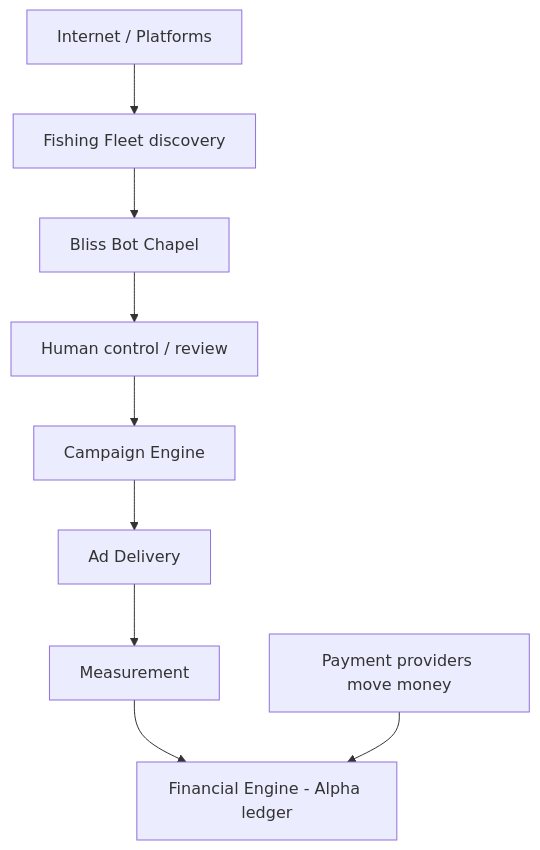
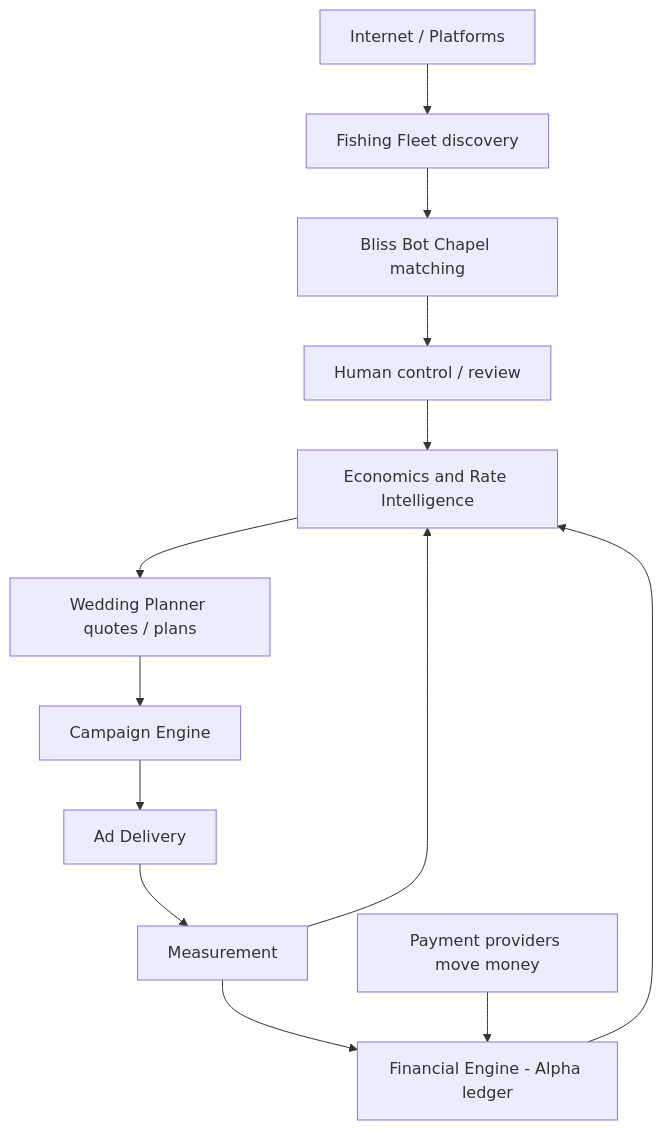
Before and after one commit to Coxskull/Bliss_Bot_Chapel: the diagram in docs/ai-development-fleet/target-architecture.md, drawn with Mermaid. The commit also changed other lines of this file and 23 other files, not shown here.

First line of the commit message:
Document future Bliss Economics and Rate Intelligence engine.

````diff
--- a/docs/ai-development-fleet/target-architecture.md
+++ b/docs/ai-development-fleet/target-architecture.md
@@ -7,21 +7,27 @@
 ```mermaid
 flowchart TB
   NET[Internet / Platforms]
   FF[Fishing Fleet discovery]
-  BL[Bliss Bot Chapel]
+  BL[Bliss Bot Chapel matching]
   HUM[Human control / review]
+  ECO[Economics and Rate Intelligence]
+  WP[Wedding Planner quotes / plans]
   CE[Campaign Engine]
   AD[Ad Delivery]
   ME[Measurement]
   FI[Financial Engine - Alpha ledger]
   PAY[Payment providers move money]
 
   NET --> FF
   FF --> BL
   BL --> HUM
-  HUM --> CE
+  HUM --> ECO
+  ECO --> WP
+  WP --> CE
   CE --> AD
   AD --> ME
   ME --> FI
   PAY --> FI
+  ME --> ECO
+  FI --> ECO
 ```
````
